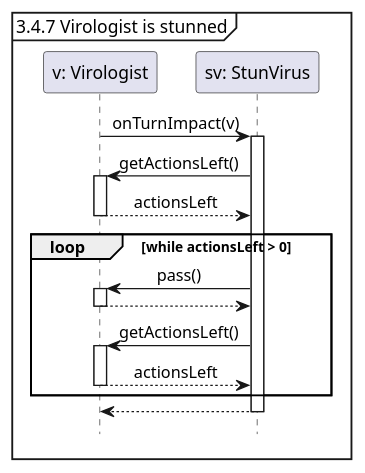
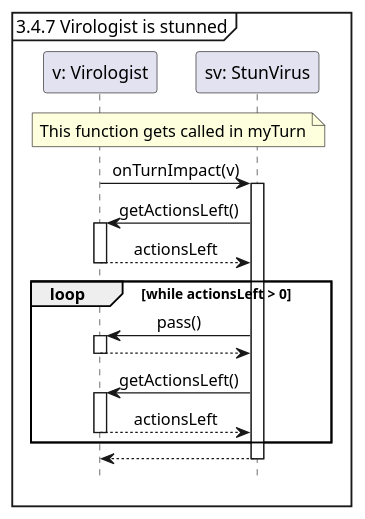
Before and after one commit to Tschonti/503-service-unavailable: the diagram in docs/seqDiagrams/06stunVirusOnTurnImpact.puml, drawn with PlantUML. The commit also changed 10 other files, not shown here.

```diff
--- a/docs/seqDiagrams/06stunVirusOnTurnImpact.puml
+++ b/docs/seqDiagrams/06stunVirusOnTurnImpact.puml
@@ -1,22 +1,22 @@
 @startuml
 'https://plantuml.com/sequence-diagram
-
 hide footbox
 skinparam sequenceMessageAlign center
 
 mainframe 3.4.7 Virologist is stunned
 
 participant "v: Virologist" as v
 participant "sv: StunVirus" as sv
 
+note over v, sv : This function gets called in myTurn
 v -> sv ++: onTurnImpact(v)
     sv -> v ++: getActionsLeft()
     return actionsLeft
     loop while actionsLeft > 0
         sv -> v ++: pass()
         return
         sv -> v ++: getActionsLeft()
         return actionsLeft
     end
 return
 @enduml
```
